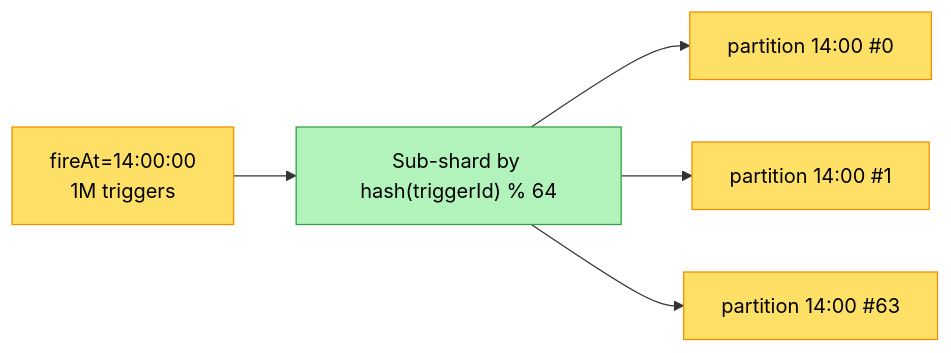
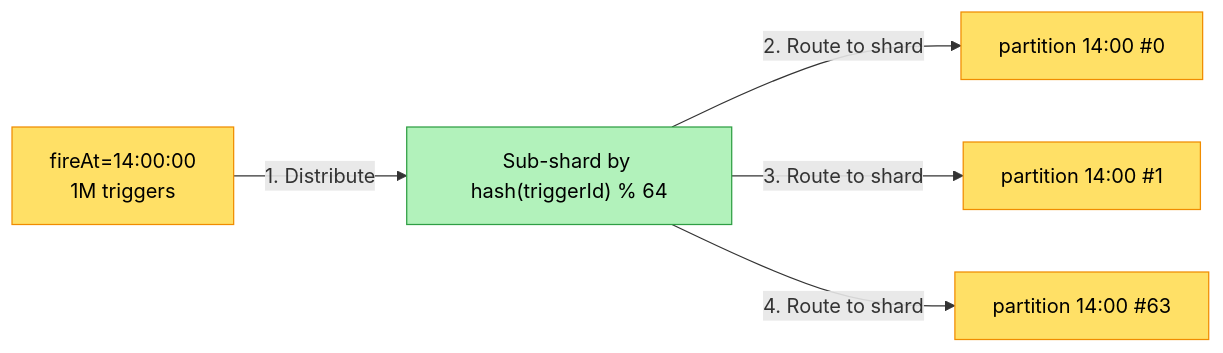
Before and after one commit to iluzn/HLD-Designs: the eighth of 10 diagrams in content/hld/DelayedTriggerService.md, drawn with Mermaid. The commit also changed other lines of this file and 27 other files, not shown here.

````diff
--- a/content/hld/DelayedTriggerService.md
+++ b/content/hld/DelayedTriggerService.md
@@ -405,13 +405,13 @@
 ```mermaid
 flowchart LR
-  Hot["fireAt=14:00:00<br/>1M triggers"] --> SubShard["Sub-shard by hash(triggerId) % 64"]
-  SubShard --> P0["partition 14:00 #0"]
-  SubShard --> P1["partition 14:00 #1"]
-  SubShard --> Pn["partition 14:00 #63"]
+  Hot["fireAt=14:00:00<br/>1M triggers"] -->|"1. Distribute"| SubShard["Sub-shard by hash(triggerId) % 64"]
+  SubShard -->|"2. Route to shard"| P0["partition 14:00 #0"]
+  SubShard -->|"3. Route to shard"| P1["partition 14:00 #1"]
+  SubShard -->|"4. Route to shard"| Pn["partition 14:00 #63"]
 
   classDef data fill:#FFE066,stroke:#F08C00,color:#000
   classDef service fill:#B2F2BB,stroke:#2F9E44,color:#000
   class Hot data
   class SubShard service
   class P0,P1,Pn data
 ```
````
